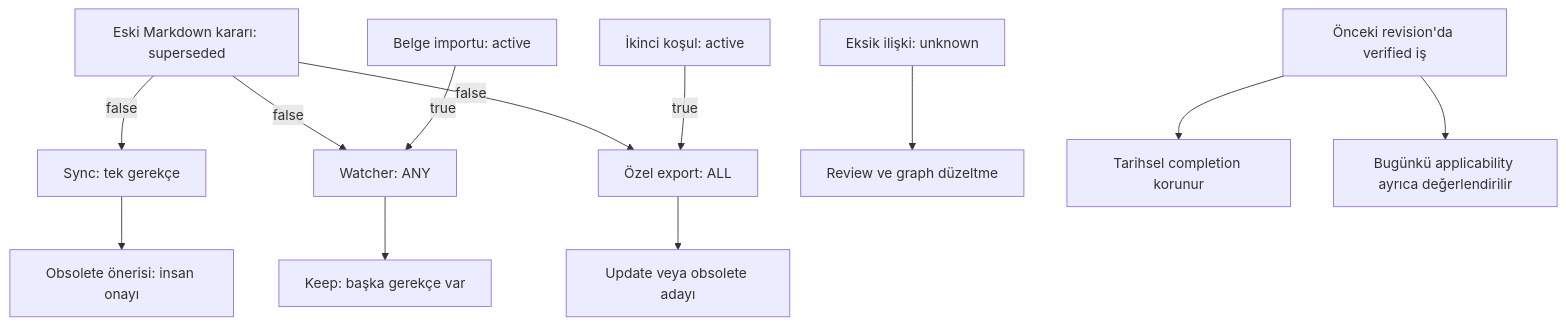
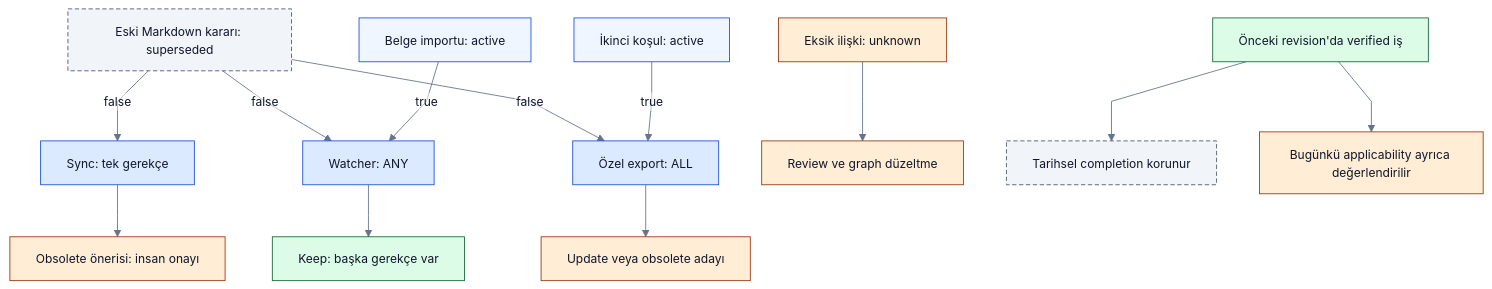
One commit to alphanAkbulut/decivora changed the sixth of 13 diagrams in docs/architecture/diagrams.md. Above: the diagram before and after it, drawn with Mermaid. The commit also changed other lines of this file and 21 other files, not shown here.

Commit message:
Refresh all Mermaid diagrams, clarify decision states and document rendering evidence

````diff
--- a/docs/architecture/diagrams.md
+++ b/docs/architecture/diagrams.md
@@ -201,14 +269,27 @@
 ```mermaid
+%%{init: {"theme":"base","themeVariables":{"fontFamily":"Arial, sans-serif","fontSize":"14px","primaryColor":"#eff6ff","primaryTextColor":"#0f172a","primaryBorderColor":"#1d4ed8","lineColor":"#64748b","secondaryColor":"#ccfbf1","tertiaryColor":"#f1f5f9","background":"#ffffff","mainBkg":"#eff6ff","textColor":"#0f172a","clusterBkg":"#f8fafc","clusterBorder":"#94a3b8","edgeLabelBackground":"#ffffff","actorBkg":"#eff6ff","actorTextColor":"#0f172a","actorBorder":"#1d4ed8","signalColor":"#64748b","signalTextColor":"#0f172a","noteBkgColor":"#fef3c7","noteTextColor":"#0f172a","noteBorderColor":"#92400e"},"flowchart":{"htmlLabels":false,"curve":"linear"},"sequence":{"wrap":true},"themeCSS":"background-color:#ffffff;"}}%%
 flowchart TB
+    accTitle: AND OR unknown ve tarihsel completion
+    accDescr: Önerilen tasarım veya açıkça belirtilen sentetik örnek. Renkler alan ve kontrol türünü gösterir; implemented veya passed kanıtı değildir. Yetki, revision ve coverage sınırları korunur.
     OLD["Eski Markdown kararı: superseded"] -->|false| ONLY["Sync: tek gerekçe"]
     OLD -->|false| OR["Watcher: ANY"]
     IMPORT["Belge importu: active"] -->|true| OR
     OLD -->|false| AND["Özel export: ALL"]
     OTHER["İkinci koşul: active"] -->|true| AND
     MISS["Eksik ilişki: unknown"] --> REVIEW["Review ve graph düzeltme"]
     ONLY --> OBS["Obsolete önerisi: insan onayı"]
     OR --> KEEP["Keep: başka gerekçe var"]
     AND --> CHANGE["Update veya obsolete adayı"]
     DONE["Önceki revision'da verified iş"] --> HISTORY["Tarihsel completion korunur"]
     DONE --> APPLIC["Bugünkü applicability ayrıca değerlendirilir"]
+    classDef history fill:#f1f5f9,stroke:#475569,color:#0f172a,stroke-dasharray:5 3
+    classDef process fill:#dbeafe,stroke:#1d4ed8,color:#0f172a
+    classDef source fill:#eff6ff,stroke:#1d4ed8,color:#0f172a
+    classDef warning fill:#ffedd5,stroke:#9a3412,color:#0f172a
+    classDef evidence fill:#dcfce7,stroke:#166534,color:#0f172a
+    class OLD,HISTORY history
+    class ONLY,OR,AND process
+    class IMPORT,OTHER source
+    class MISS,REVIEW,OBS,CHANGE,APPLIC warning
+    class DONE,KEEP evidence
 ```
````
